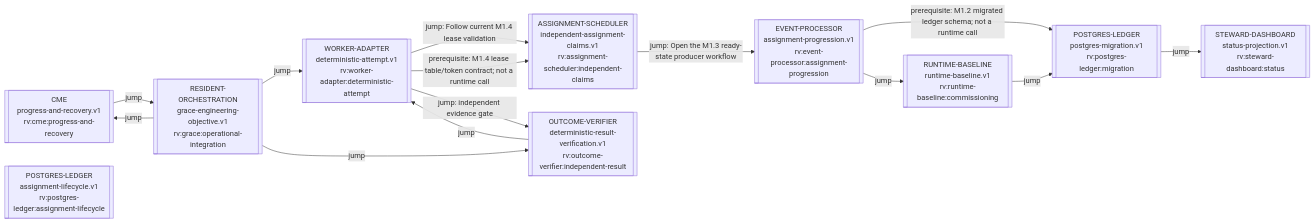
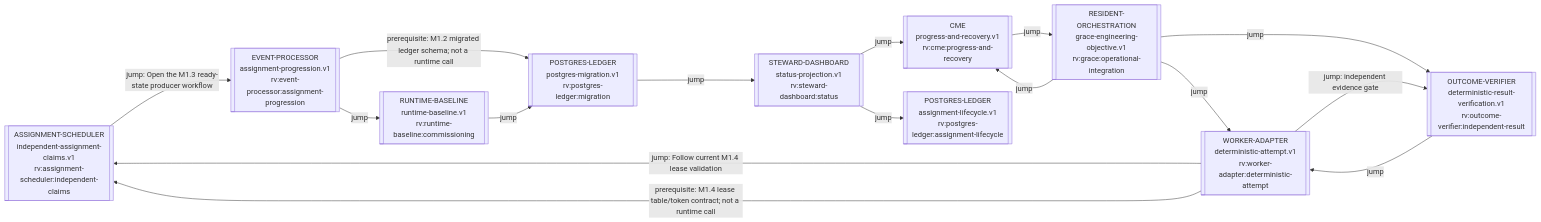
One commit to ppow1/Riverview- changed the diagram in process_graphs/generated/RIVERVIEW_PROCESS_GRAPH.md. Above: the diagram before and after it, drawn with Mermaid. The commit also changed other lines of this file and 25 other files, not shown here.

Commit message:
feat(status): add M3.1 read-only dashboard foundation

````diff
--- a/process_graphs/generated/RIVERVIEW_PROCESS_GRAPH.md
+++ b/process_graphs/generated/RIVERVIEW_PROCESS_GRAPH.md
@@ -9,26 +9,28 @@
 ```mermaid
 flowchart LR
   g_rv_assignment_scheduler_independent_claims_88bd80c4[["ASSIGNMENT-SCHEDULER<br/>independent-assignment-claims.v1<br/>rv:assignment-scheduler:independent-claims"]]
   g_rv_cme_progress_and_recovery_402efffa[["CME<br/>progress-and-recovery.v1<br/>rv:cme:progress-and-recovery"]]
   g_rv_event_processor_assignment_progression_fa10db2d[["EVENT-PROCESSOR<br/>assignment-progression.v1<br/>rv:event-processor:assignment-progression"]]
   g_rv_grace_operational_integration_9989f0be[["RESIDENT-ORCHESTRATION<br/>grace-engineering-objective.v1<br/>rv:grace:operational-integration"]]
   g_rv_outcome_verifier_independent_result_1d5c0875[["OUTCOME-VERIFIER<br/>deterministic-result-verification.v1<br/>rv:outcome-verifier:independent-result"]]
   g_rv_postgres_ledger_assignment_lifecycle_a9a01b67[["POSTGRES-LEDGER<br/>assignment-lifecycle.v1<br/>rv:postgres-ledger:assignment-lifecycle"]]
   g_rv_postgres_ledger_migration_4c89ef23[["POSTGRES-LEDGER<br/>postgres-migration.v1<br/>rv:postgres-ledger:migration"]]
   g_rv_runtime_baseline_commissioning_46ff1ccf[["RUNTIME-BASELINE<br/>runtime-baseline.v1<br/>rv:runtime-baseline:commissioning"]]
   g_rv_steward_dashboard_status_75f7c259[["STEWARD-DASHBOARD<br/>status-projection.v1<br/>rv:steward-dashboard:status"]]
   g_rv_worker_adapter_deterministic_attempt_15d59b6f[["WORKER-ADAPTER<br/>deterministic-attempt.v1<br/>rv:worker-adapter:deterministic-attempt"]]
   g_rv_assignment_scheduler_independent_claims_88bd80c4 -->|jump: Open the M1.3 ready-state producer workflow| g_rv_event_processor_assignment_progression_fa10db2d
   g_rv_cme_progress_and_recovery_402efffa -->|jump| g_rv_grace_operational_integration_9989f0be
   g_rv_event_processor_assignment_progression_fa10db2d -->|prerequisite: M1.2 migrated ledger schema; not a runtime call| g_rv_postgres_ledger_migration_4c89ef23
   g_rv_event_processor_assignment_progression_fa10db2d -->|jump| g_rv_runtime_baseline_commissioning_46ff1ccf
   g_rv_grace_operational_integration_9989f0be -->|jump| g_rv_worker_adapter_deterministic_attempt_15d59b6f
   g_rv_grace_operational_integration_9989f0be -->|jump| g_rv_cme_progress_and_recovery_402efffa
   g_rv_grace_operational_integration_9989f0be -->|jump| g_rv_outcome_verifier_independent_result_1d5c0875
   g_rv_outcome_verifier_independent_result_1d5c0875 -->|jump| g_rv_worker_adapter_deterministic_attempt_15d59b6f
   g_rv_postgres_ledger_migration_4c89ef23 -->|jump| g_rv_steward_dashboard_status_75f7c259
   g_rv_runtime_baseline_commissioning_46ff1ccf -->|jump| g_rv_postgres_ledger_migration_4c89ef23
+  g_rv_steward_dashboard_status_75f7c259 -->|jump| g_rv_postgres_ledger_assignment_lifecycle_a9a01b67
+  g_rv_steward_dashboard_status_75f7c259 -->|jump| g_rv_cme_progress_and_recovery_402efffa
   g_rv_worker_adapter_deterministic_attempt_15d59b6f -->|jump: Follow current M1.4 lease validation| g_rv_assignment_scheduler_independent_claims_88bd80c4
   g_rv_worker_adapter_deterministic_attempt_15d59b6f -->|prerequisite: M1.4 lease table/token contract; not a runtime call| g_rv_assignment_scheduler_independent_claims_88bd80c4
   g_rv_worker_adapter_deterministic_attempt_15d59b6f -->|jump: independent evidence gate| g_rv_outcome_verifier_independent_result_1d5c0875
 ```
````
